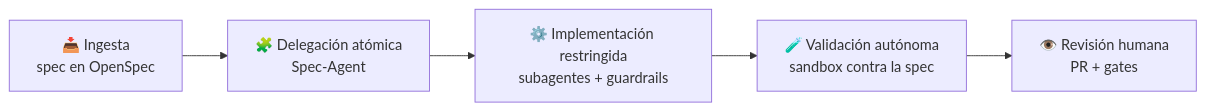
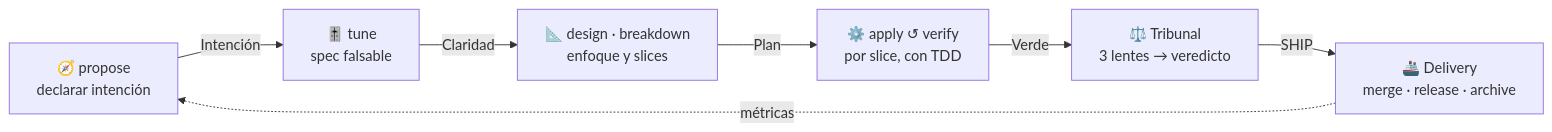
One commit to mrompo/spec-sentinel-sdk changed the diagram in README.md. Above: the diagram before and after it, drawn with Mermaid. The commit also changed other lines of this file and 17 other files, not shown here.

````diff
--- a/README.md
+++ b/README.md
@@ -60,7 +61,9 @@
 ```mermaid
 flowchart LR
-    A[📥 Ingesta<br/>spec en OpenSpec] --> B[🧩 Delegación atómica<br/>Spec-Agent]
-    B --> C[⚙️ Implementación restringida<br/>subagentes + guardrails]
-    C --> D[🧪 Validación autónoma<br/>sandbox contra la spec]
-    D --> E[👁️ Revisión humana<br/>PR + gates]
+    A["🧭 propose<br/>declarar intención"] -->|Intención| B["🎚️ tune<br/>spec falsable"]
+    B -->|Claridad| C["📐 design · breakdown<br/>enfoque y slices"]
+    C -->|Plan| D["⚙️ apply ↺ verify<br/>por slice, con TDD"]
+    D -->|Verde| E["⚖️ Tribunal<br/>3 lentes → veredicto"]
+    E -->|SHIP| F["🚢 Delivery<br/>merge · release · archive"]
+    F -.->|métricas| A
 ```
````
